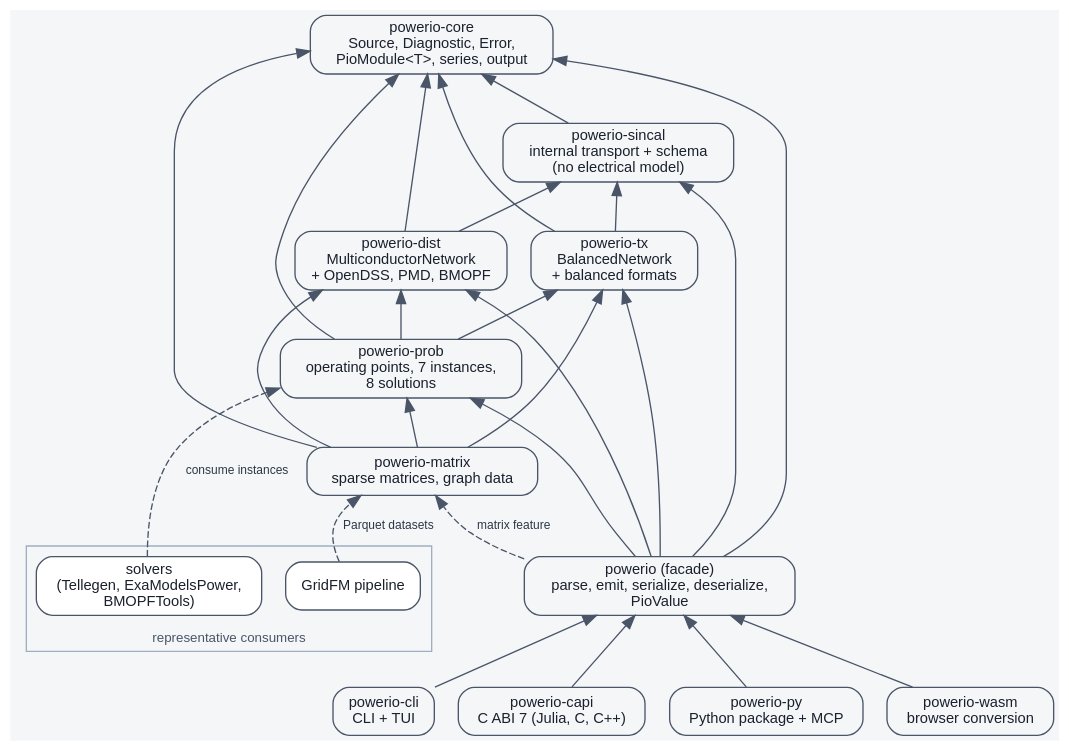
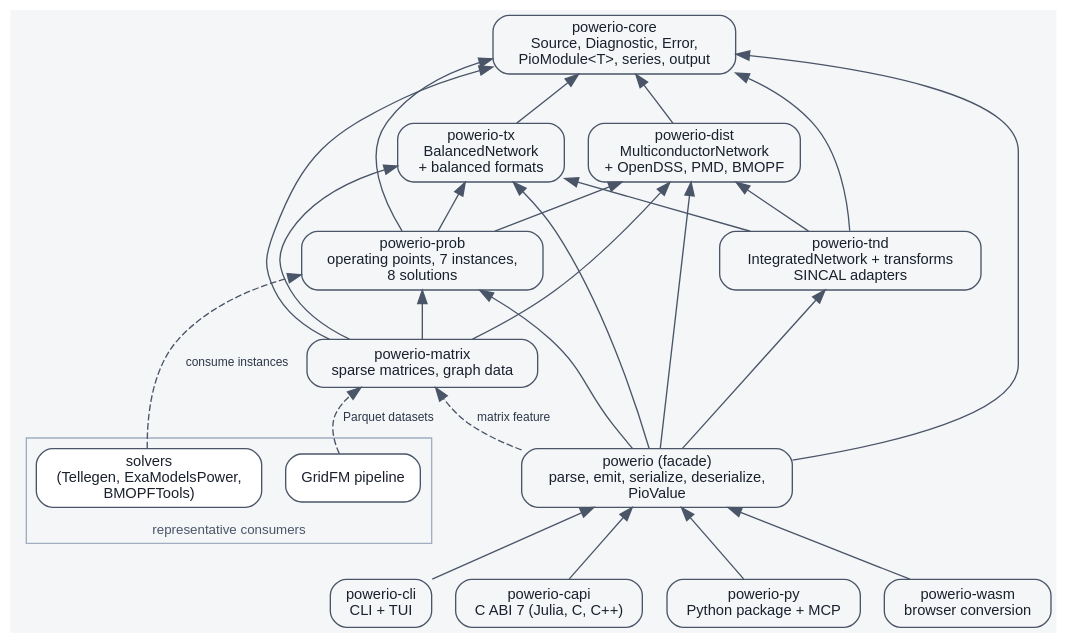
Before and after one commit to BurhanAbdullah/powerio: the diagram in docs/diagrams/architecture.dot, drawn with Graphviz. The commit also changed 244 other files, not shown here.

First line of the commit message:
Replace powerio-sincal with integrated T&D modeling in powerio-tnd (#681)

```diff
--- a/docs/diagrams/architecture.dot
+++ b/docs/diagrams/architecture.dot
@@ -1,63 +1,63 @@
 // The primary architecture map: components, dependency direction, and the
 // two network families. Edges read "depends on" unless labeled. Checked
 // against cargo metadata by scripts/check-architecture-map.py; the committed
 // SVG is generated by the same script. Node ids that name crates must match
 // workspace member names exactly.
 digraph powerio_architecture {
     rankdir = BT;
     bgcolor = "#f4f6f8";
     node [shape = box, style = "rounded,filled", fillcolor = "#f4f6f8",
           color = "#4a5568", fontname = "Helvetica", fontsize = 11,
           fontcolor = "#1a202c"];
     edge [color = "#4a5568", fontname = "Helvetica", fontsize = 9,
           fontcolor = "#2d3748"];
 
     subgraph cluster_consumers {
         label = "representative consumers";
         fontname = "Helvetica"; fontsize = 10; color = "#a0aec0"; fontcolor = "#4a5568";
         solvers [label = "solvers\n(Tellegen, ExaModelsPower,\nBMOPFTools)", fillcolor = "#ffffff"];
         gridfm_ml [label = "GridFM pipeline", fillcolor = "#ffffff"];
     }
 
     "powerio-cli" [label = "powerio-cli\nCLI + TUI"];
     "powerio-capi" [label = "powerio-capi\nC ABI 7 (Julia, C, C++)"];
     "powerio-py" [label = "powerio-py\nPython package + MCP"];
     "powerio-wasm" [label = "powerio-wasm\nbrowser conversion"];
 
     powerio [label = "powerio (facade)\nparse, emit, serialize, deserialize,\nPioValue"];
 
     "powerio-matrix" [label = "powerio-matrix\nsparse matrices, graph data"];
     "powerio-prob" [label = "powerio-prob\noperating points, 7 instances,\n8 solutions"];
 
     "powerio-tx" [label = "powerio-tx\nBalancedNetwork\n+ balanced formats"];
     "powerio-dist" [label = "powerio-dist\nMulticonductorNetwork\n+ OpenDSS, PMD, BMOPF"];
 
     "powerio-core" [label = "powerio-core\nSource, Diagnostic, Error,\nPioModule<T>, series, output"];
-    "powerio-sincal" [label = "powerio-sincal\ninternal transport + schema\n(no electrical model)"];
+    "powerio-tnd" [label = "powerio-tnd\nIntegratedNetwork + transforms\nSINCAL adapters"];
 
     "powerio-tx" -> "powerio-core";
-    "powerio-tx" -> "powerio-sincal";
-    "powerio-dist" -> "powerio-sincal";
+    "powerio-tnd" -> "powerio-tx";
+    "powerio-tnd" -> "powerio-dist";
     "powerio-dist" -> "powerio-core";
-    "powerio-sincal" -> "powerio-core";
+    "powerio-tnd" -> "powerio-core";
     "powerio-prob" -> "powerio-core";
     "powerio-prob" -> "powerio-tx";
     "powerio-prob" -> "powerio-dist";
     "powerio-matrix" -> "powerio-core";
     "powerio-matrix" -> "powerio-tx";
     "powerio-matrix" -> "powerio-dist";
     "powerio-matrix" -> "powerio-prob";
     powerio -> "powerio-core";
-    powerio -> "powerio-sincal";
+    powerio -> "powerio-tnd";
     powerio -> "powerio-tx";
     powerio -> "powerio-dist";
     powerio -> "powerio-prob";
     powerio -> "powerio-matrix" [label = "matrix feature", style = dashed];
     "powerio-cli" -> powerio;
     "powerio-capi" -> powerio;
     "powerio-py" -> powerio;
     "powerio-wasm" -> powerio;
 
     solvers -> "powerio-prob" [label = "consume instances", style = dashed];
     gridfm_ml -> "powerio-matrix" [label = "Parquet datasets", style = dashed];
 }
```
